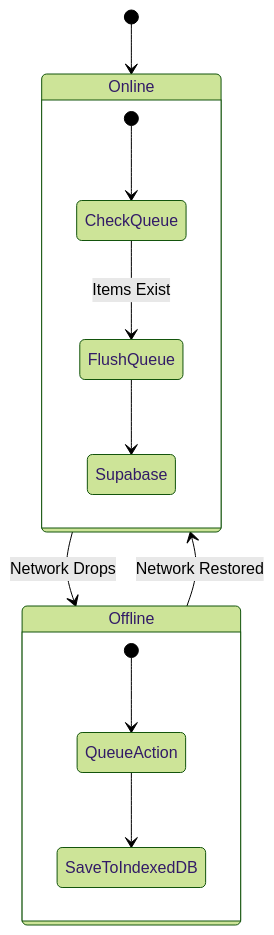
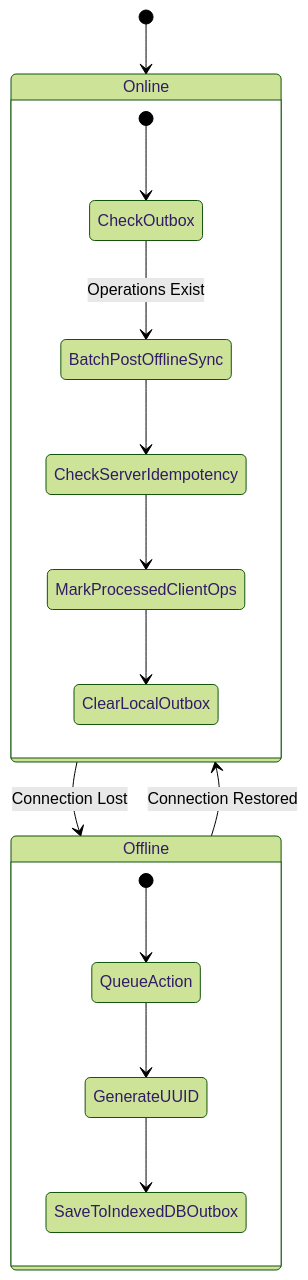
One commit to Arnavshukla09/RURAL-HEALTHCARE-PLATFORM changed the second of 2 diagrams in docs/ARCHITECTURE.md. Above: the diagram before and after it, drawn with Mermaid (forest theme). The commit also changed other lines of this file and 7 other files, not shown here.

````diff
--- a/docs/ARCHITECTURE.md
+++ b/docs/ARCHITECTURE.md
@@ -142,17 +80,21 @@
 ```mermaid
 stateDiagram-v2
     [*] --> Online
-    Online --> Offline : Network Drops
-    Offline --> Online : Network Restored
+    Online --> Offline : Connection Lost
     
     state Offline {
         [*] --> QueueAction
-        QueueAction --> SaveToIndexedDB
+        QueueAction --> GenerateUUID
+        GenerateUUID --> SaveToIndexedDBOutbox
     }
     
+    Offline --> Online : Connection Restored
+    
     state Online {
-        [*] --> CheckQueue
-        CheckQueue --> FlushQueue : Items Exist
-        FlushQueue --> Supabase
+        [*] --> CheckOutbox
+        CheckOutbox --> BatchPostOfflineSync : Operations Exist
+        BatchPostOfflineSync --> CheckServerIdempotency
+        CheckServerIdempotency --> MarkProcessedClientOps
+        MarkProcessedClientOps --> ClearLocalOutbox
     }
 ```
````
